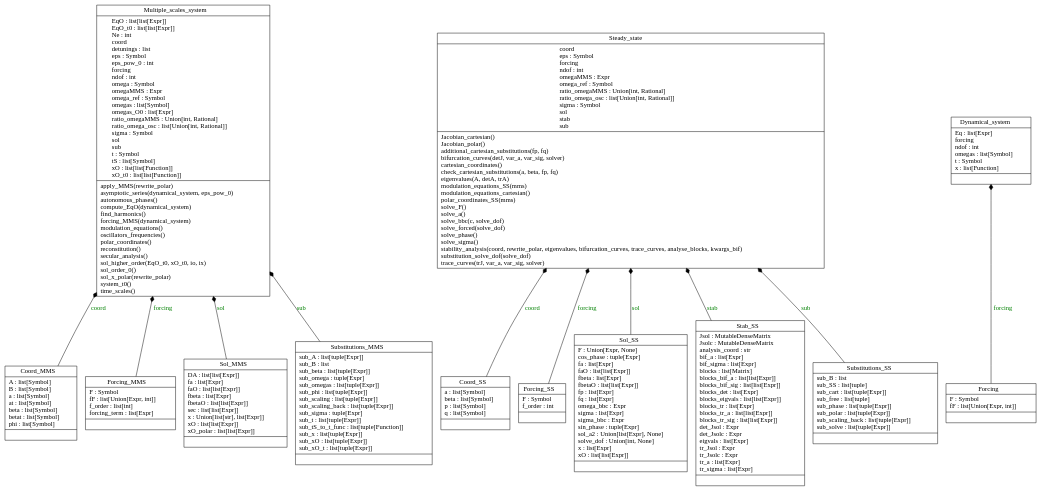
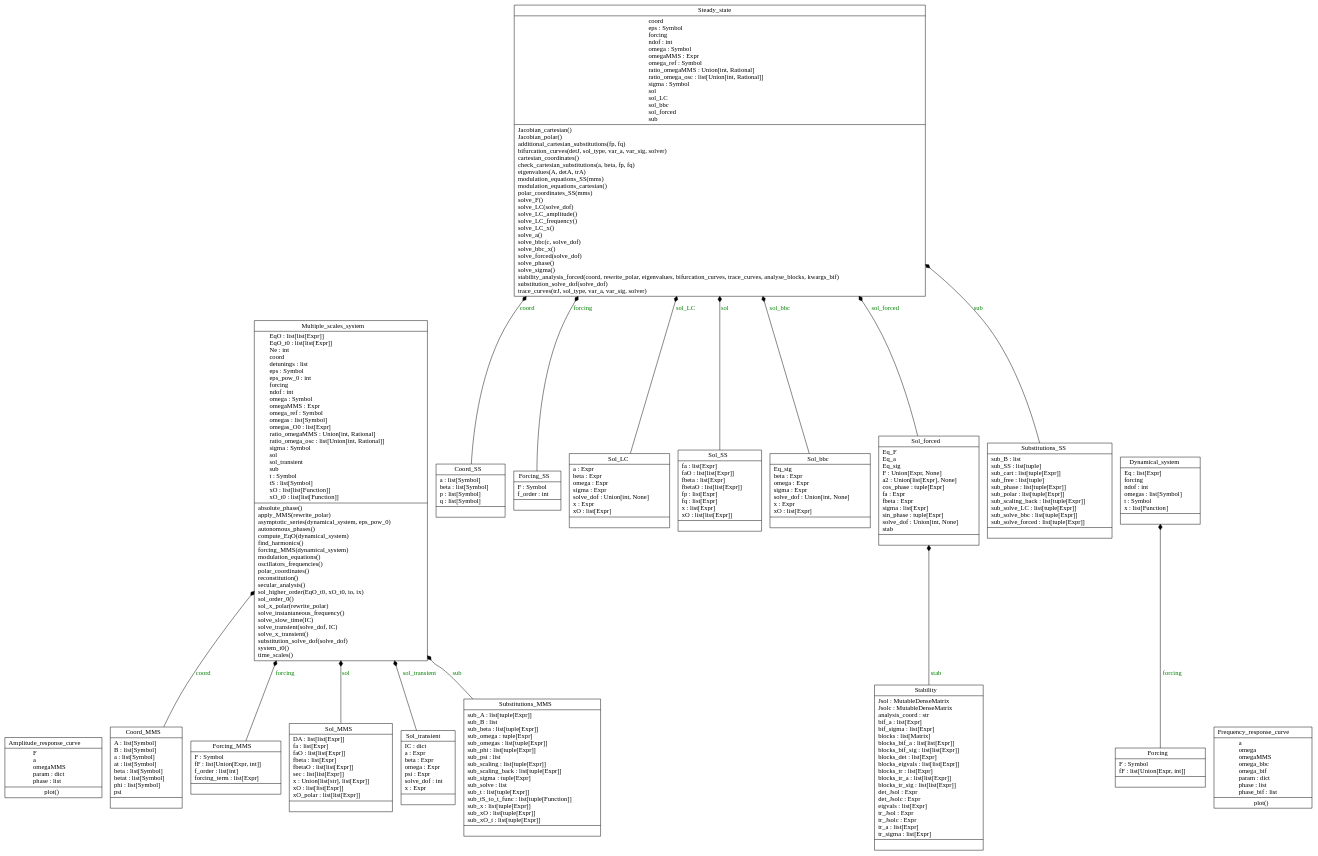
One commit to VinceECN/OSCILATE changed the diagram in docs/source/architecture/classes_MMS.dot. Above: the diagram before and after it, drawn with Graphviz. The commit also changed 4 other files, not shown here.

```diff
--- a/docs/source/architecture/classes_MMS.dot
+++ b/docs/source/architecture/classes_MMS.dot
@@ -1,27 +1,37 @@
-digraph "classes_MMS_test2" {
+digraph "classes_MMS" {
 rankdir=BT
 charset="utf-8"
-"OSCILATE.oscilate.MMS.mms.Coord_MMS" [color="black", fontcolor="black", label=<{Coord_MMS|A : list[Symbol]<br ALIGN="LEFT"/>B : list[Symbol]<br ALIGN="LEFT"/>a : list[Symbol]<br ALIGN="LEFT"/>at : list[Symbol]<br ALIGN="LEFT"/>beta : list[Symbol]<br ALIGN="LEFT"/>betat : list[Symbol]<br ALIGN="LEFT"/>phi : list[Symbol]<br ALIGN="LEFT"/>|}>, shape="record", style="solid"];
+"OSCILATE.oscilate.MMS.visualisation.Amplitude_response_curve" [color="black", fontcolor="black", label=<{Amplitude_response_curve|F<br ALIGN="LEFT"/>a<br ALIGN="LEFT"/>omegaMMS<br ALIGN="LEFT"/>param : dict<br ALIGN="LEFT"/>phase : list<br ALIGN="LEFT"/>|plot()<br ALIGN="LEFT"/>}>, shape="record", style="solid"];
+"OSCILATE.oscilate.MMS.mms.Coord_MMS" [color="black", fontcolor="black", label=<{Coord_MMS|A : list[Symbol]<br ALIGN="LEFT"/>B : list[Symbol]<br ALIGN="LEFT"/>a : list[Symbol]<br ALIGN="LEFT"/>at : list[Symbol]<br ALIGN="LEFT"/>beta : list[Symbol]<br ALIGN="LEFT"/>betat : list[Symbol]<br ALIGN="LEFT"/>phi : list[Symbol]<br ALIGN="LEFT"/>psi<br ALIGN="LEFT"/>|}>, shape="record", style="solid"];
 "OSCILATE.oscilate.MMS.steady_state.Coord_SS" [color="black", fontcolor="black", label=<{Coord_SS|a : list[Symbol]<br ALIGN="LEFT"/>beta : list[Symbol]<br ALIGN="LEFT"/>p : list[Symbol]<br ALIGN="LEFT"/>q : list[Symbol]<br ALIGN="LEFT"/>|}>, shape="record", style="solid"];
 "OSCILATE.oscilate.MMS.dyn_sys.Dynamical_system" [color="black", fontcolor="black", label=<{Dynamical_system|Eq : list[Expr]<br ALIGN="LEFT"/>forcing<br ALIGN="LEFT"/>ndof : int<br ALIGN="LEFT"/>omegas : list[Symbol]<br ALIGN="LEFT"/>t : Symbol<br ALIGN="LEFT"/>x : list[Function]<br ALIGN="LEFT"/>|}>, shape="record", style="solid"];
 "OSCILATE.oscilate.MMS.dyn_sys.Forcing" [color="black", fontcolor="black", label=<{Forcing|F : Symbol<br ALIGN="LEFT"/>fF : list[Union[Expr, int]]<br ALIGN="LEFT"/>|}>, shape="record", style="solid"];
 "OSCILATE.oscilate.MMS.mms.Forcing_MMS" [color="black", fontcolor="black", label=<{Forcing_MMS|F : Symbol<br ALIGN="LEFT"/>fF : list[Union[Expr, int]]<br ALIGN="LEFT"/>f_order : list[int]<br ALIGN="LEFT"/>forcing_term : list[Expr]<br ALIGN="LEFT"/>|}>, shape="record", style="solid"];
 "OSCILATE.oscilate.MMS.steady_state.Forcing_SS" [color="black", fontcolor="black", label=<{Forcing_SS|F : Symbol<br ALIGN="LEFT"/>f_order : int<br ALIGN="LEFT"/>|}>, shape="record", style="solid"];
-"OSCILATE.oscilate.MMS.mms.Multiple_scales_system" [color="black", fontcolor="black", label=<{Multiple_scales_system|EqO : list[list[Expr]]<br ALIGN="LEFT"/>EqO_t0 : list[list[Expr]]<br ALIGN="LEFT"/>Ne : int<br ALIGN="LEFT"/>coord<br ALIGN="LEFT"/>detunings : list<br ALIGN="LEFT"/>eps : Symbol<br ALIGN="LEFT"/>eps_pow_0 : int<br ALIGN="LEFT"/>forcing<br ALIGN="LEFT"/>ndof : int<br ALIGN="LEFT"/>omega : Symbol<br ALIGN="LEFT"/>omegaMMS : Expr<br ALIGN="LEFT"/>omega_ref : Symbol<br ALIGN="LEFT"/>omegas : list[Symbol]<br ALIGN="LEFT"/>omegas_O0 : list[Expr]<br ALIGN="LEFT"/>ratio_omegaMMS : Union[int, Rational]<br ALIGN="LEFT"/>ratio_omega_osc : list[Union[int, Rational]]<br ALIGN="LEFT"/>sigma : Symbol<br ALIGN="LEFT"/>sol<br ALIGN="LEFT"/>sub<br ALIGN="LEFT"/>t : Symbol<br ALIGN="LEFT"/>tS : list[Symbol]<br ALIGN="LEFT"/>xO : list[list[Function]]<br ALIGN="LEFT"/>xO_t0 : list[list[Function]]<br ALIGN="LEFT"/>|apply_MMS(rewrite_polar)<br ALIGN="LEFT"/>asymptotic_series(dynamical_system, eps_pow_0)<br ALIGN="LEFT"/>autonomous_phases()<br ALIGN="LEFT"/>compute_EqO(dynamical_system)<br ALIGN="LEFT"/>find_harmonics()<br ALIGN="LEFT"/>forcing_MMS(dynamical_system)<br ALIGN="LEFT"/>modulation_equations()<br ALIGN="LEFT"/>oscillators_frequencies()<br ALIGN="LEFT"/>polar_coordinates()<br ALIGN="LEFT"/>reconstitution()<br ALIGN="LEFT"/>secular_analysis()<br ALIGN="LEFT"/>sol_higher_order(EqO_t0, xO_t0, io, ix)<br ALIGN="LEFT"/>sol_order_0()<br ALIGN="LEFT"/>sol_x_polar(rewrite_polar)<br ALIGN="LEFT"/>system_t0()<br ALIGN="LEFT"/>time_scales()<br ALIGN="LEFT"/>}>, shape="record", style="solid"];
+"OSCILATE.oscilate.MMS.visualisation.Frequency_response_curve" [color="black", fontcolor="black", label=<{Frequency_response_curve|a<br ALIGN="LEFT"/>omega<br ALIGN="LEFT"/>omegaMMS<br ALIGN="LEFT"/>omega_bbc<br ALIGN="LEFT"/>omega_bif<br ALIGN="LEFT"/>param : dict<br ALIGN="LEFT"/>phase : list<br ALIGN="LEFT"/>phase_bif : list<br ALIGN="LEFT"/>|plot()<br ALIGN="LEFT"/>}>, shape="record", style="solid"];
+"OSCILATE.oscilate.MMS.mms.Multiple_scales_system" [color="black", fontcolor="black", label=<{Multiple_scales_system|EqO : list[list[Expr]]<br ALIGN="LEFT"/>EqO_t0 : list[list[Expr]]<br ALIGN="LEFT"/>Ne : int<br ALIGN="LEFT"/>coord<br ALIGN="LEFT"/>detunings : list<br ALIGN="LEFT"/>eps : Symbol<br ALIGN="LEFT"/>eps_pow_0 : int<br ALIGN="LEFT"/>forcing<br ALIGN="LEFT"/>ndof : int<br ALIGN="LEFT"/>omega : Symbol<br ALIGN="LEFT"/>omegaMMS : Expr<br ALIGN="LEFT"/>omega_ref : Symbol<br ALIGN="LEFT"/>omegas : list[Symbol]<br ALIGN="LEFT"/>omegas_O0 : list[Expr]<br ALIGN="LEFT"/>ratio_omegaMMS : Union[int, Rational]<br ALIGN="LEFT"/>ratio_omega_osc : list[Union[int, Rational]]<br ALIGN="LEFT"/>sigma : Symbol<br ALIGN="LEFT"/>sol<br ALIGN="LEFT"/>sol_transient<br ALIGN="LEFT"/>sub<br ALIGN="LEFT"/>t : Symbol<br ALIGN="LEFT"/>tS : list[Symbol]<br ALIGN="LEFT"/>xO : list[list[Function]]<br ALIGN="LEFT"/>xO_t0 : list[list[Function]]<br ALIGN="LEFT"/>|absolute_phase()<br ALIGN="LEFT"/>apply_MMS(rewrite_polar)<br ALIGN="LEFT"/>asymptotic_series(dynamical_system, eps_pow_0)<br ALIGN="LEFT"/>autonomous_phases()<br ALIGN="LEFT"/>compute_EqO(dynamical_system)<br ALIGN="LEFT"/>find_harmonics()<br ALIGN="LEFT"/>forcing_MMS(dynamical_system)<br ALIGN="LEFT"/>modulation_equations()<br ALIGN="LEFT"/>oscillators_frequencies()<br ALIGN="LEFT"/>polar_coordinates()<br ALIGN="LEFT"/>reconstitution()<br ALIGN="LEFT"/>secular_analysis()<br ALIGN="LEFT"/>sol_higher_order(EqO_t0, xO_t0, io, ix)<br ALIGN="LEFT"/>sol_order_0()<br ALIGN="LEFT"/>sol_x_polar(rewrite_polar)<br ALIGN="LEFT"/>solve_instantaneous_frequency()<br ALIGN="LEFT"/>solve_slow_time(IC)<br ALIGN="LEFT"/>solve_transient(solve_dof, IC)<br ALIGN="LEFT"/>solve_x_transient()<br ALIGN="LEFT"/>substitution_solve_dof(solve_dof)<br ALIGN="LEFT"/>system_t0()<br ALIGN="LEFT"/>time_scales()<br ALIGN="LEFT"/>}>, shape="record", style="solid"];
+"OSCILATE.oscilate.MMS.steady_state.Sol_LC" [color="black", fontcolor="black", label=<{Sol_LC|a : Expr<br ALIGN="LEFT"/>beta : Expr<br ALIGN="LEFT"/>omega : Expr<br ALIGN="LEFT"/>sigma : Expr<br ALIGN="LEFT"/>solve_dof : Union[int, None]<br ALIGN="LEFT"/>x : Expr<br ALIGN="LEFT"/>xO : list[Expr]<br ALIGN="LEFT"/>|}>, shape="record", style="solid"];
 "OSCILATE.oscilate.MMS.mms.Sol_MMS" [color="black", fontcolor="black", label=<{Sol_MMS|DA : list[list[Expr]]<br ALIGN="LEFT"/>fa : list[Expr]<br ALIGN="LEFT"/>faO : list[list[Expr]]<br ALIGN="LEFT"/>fbeta : list[Expr]<br ALIGN="LEFT"/>fbetaO : list[list[Expr]]<br ALIGN="LEFT"/>sec : list[list[Expr]]<br ALIGN="LEFT"/>x : Union[list[str], list[Expr]]<br ALIGN="LEFT"/>xO : list[list[Expr]]<br ALIGN="LEFT"/>xO_polar : list[list[Expr]]<br ALIGN="LEFT"/>|}>, shape="record", style="solid"];
-"OSCILATE.oscilate.MMS.steady_state.Sol_SS" [color="black", fontcolor="black", label=<{Sol_SS|F : Union[Expr, None]<br ALIGN="LEFT"/>cos_phase : tuple[Expr]<br ALIGN="LEFT"/>fa : list[Expr]<br ALIGN="LEFT"/>faO : list[list[Expr]]<br ALIGN="LEFT"/>fbeta : list[Expr]<br ALIGN="LEFT"/>fbetaO : list[list[Expr]]<br ALIGN="LEFT"/>fp : list[Expr]<br ALIGN="LEFT"/>fq : list[Expr]<br ALIGN="LEFT"/>omega_bbc : Expr<br ALIGN="LEFT"/>sigma : list[Expr]<br ALIGN="LEFT"/>sigma_bbc : Expr<br ALIGN="LEFT"/>sin_phase : tuple[Expr]<br ALIGN="LEFT"/>sol_a2 : Union[list[Expr], None]<br ALIGN="LEFT"/>solve_dof : Union[int, None]<br ALIGN="LEFT"/>x : list[Expr]<br ALIGN="LEFT"/>xO : list[list[Expr]]<br ALIGN="LEFT"/>|}>, shape="record", style="solid"];
-"OSCILATE.oscilate.MMS.steady_state.Stab_SS" [color="black", fontcolor="black", label=<{Stab_SS|Jsol : MutableDenseMatrix<br ALIGN="LEFT"/>Jsolc : MutableDenseMatrix<br ALIGN="LEFT"/>analysis_coord : str<br ALIGN="LEFT"/>bif_a : list[Expr]<br ALIGN="LEFT"/>bif_sigma : list[Expr]<br ALIGN="LEFT"/>blocks : list[Matrix]<br ALIGN="LEFT"/>blocks_bif_a : list[list[Expr]]<br ALIGN="LEFT"/>blocks_bif_sig : list[list[Expr]]<br ALIGN="LEFT"/>blocks_det : list[Expr]<br ALIGN="LEFT"/>blocks_eigvals : list[list[Expr]]<br ALIGN="LEFT"/>blocks_tr : list[Expr]<br ALIGN="LEFT"/>blocks_tr_a : list[list[Expr]]<br ALIGN="LEFT"/>blocks_tr_sig : list[list[Expr]]<br ALIGN="LEFT"/>det_Jsol : Expr<br ALIGN="LEFT"/>det_Jsolc : Expr<br ALIGN="LEFT"/>eigvals : list[Expr]<br ALIGN="LEFT"/>tr_Jsol : Expr<br ALIGN="LEFT"/>tr_Jsolc : Expr<br ALIGN="LEFT"/>tr_a : list[Expr]<br ALIGN="LEFT"/>tr_sigma : list[Expr]<br ALIGN="LEFT"/>|}>, shape="record", style="solid"];
-"OSCILATE.oscilate.MMS.steady_state.Steady_state" [color="black", fontcolor="black", label=<{Steady_state|coord<br ALIGN="LEFT"/>eps : Symbol<br ALIGN="LEFT"/>forcing<br ALIGN="LEFT"/>ndof : int<br ALIGN="LEFT"/>omegaMMS : Expr<br ALIGN="LEFT"/>omega_ref : Symbol<br ALIGN="LEFT"/>ratio_omegaMMS : Union[int, Rational]<br ALIGN="LEFT"/>ratio_omega_osc : list[Union[int, Rational]]<br ALIGN="LEFT"/>sigma : Symbol<br ALIGN="LEFT"/>sol<br ALIGN="LEFT"/>stab<br ALIGN="LEFT"/>sub<br ALIGN="LEFT"/>|Jacobian_cartesian()<br ALIGN="LEFT"/>Jacobian_polar()<br ALIGN="LEFT"/>additional_cartesian_substitutions(fp, fq)<br ALIGN="LEFT"/>bifurcation_curves(detJ, var_a, var_sig, solver)<br ALIGN="LEFT"/>cartesian_coordinates()<br ALIGN="LEFT"/>check_cartesian_substitutions(a, beta, fp, fq)<br ALIGN="LEFT"/>eigenvalues(A, detA, trA)<br ALIGN="LEFT"/>modulation_equations_SS(mms)<br ALIGN="LEFT"/>modulation_equations_cartesian()<br ALIGN="LEFT"/>polar_coordinates_SS(mms)<br ALIGN="LEFT"/>solve_F()<br ALIGN="LEFT"/>solve_a()<br ALIGN="LEFT"/>solve_bbc(c, solve_dof)<br ALIGN="LEFT"/>solve_forced(solve_dof)<br ALIGN="LEFT"/>solve_phase()<br ALIGN="LEFT"/>solve_sigma()<br ALIGN="LEFT"/>stability_analysis(coord, rewrite_polar, eigenvalues, bifurcation_curves, trace_curves, analyse_blocks, kwargs_bif)<br ALIGN="LEFT"/>substitution_solve_dof(solve_dof)<br ALIGN="LEFT"/>trace_curves(trJ, var_a, var_sig, solver)<br ALIGN="LEFT"/>}>, shape="record", style="solid"];
-"OSCILATE.oscilate.MMS.mms.Substitutions_MMS" [color="black", fontcolor="black", label=<{Substitutions_MMS|sub_A : list[tuple[Expr]]<br ALIGN="LEFT"/>sub_B : list<br ALIGN="LEFT"/>sub_beta : list[tuple[Expr]]<br ALIGN="LEFT"/>sub_omega : tuple[Expr]<br ALIGN="LEFT"/>sub_omegas : list[tuple[Expr]]<br ALIGN="LEFT"/>sub_phi : list[tuple[Expr]]<br ALIGN="LEFT"/>sub_scaling : list[tuple[Expr]]<br ALIGN="LEFT"/>sub_scaling_back : list[tuple[Expr]]<br ALIGN="LEFT"/>sub_sigma : tuple[Expr]<br ALIGN="LEFT"/>sub_t : list[tuple[Expr]]<br ALIGN="LEFT"/>sub_tS_to_t_func : list[tuple[Function]]<br ALIGN="LEFT"/>sub_x : list[tuple[Expr]]<br ALIGN="LEFT"/>sub_xO : list[tuple[Expr]]<br ALIGN="LEFT"/>sub_xO_t : list[tuple[Expr]]<br ALIGN="LEFT"/>|}>, shape="record", style="solid"];
-"OSCILATE.oscilate.MMS.steady_state.Substitutions_SS" [color="black", fontcolor="black", label=<{Substitutions_SS|sub_B : list<br ALIGN="LEFT"/>sub_SS : list[tuple]<br ALIGN="LEFT"/>sub_cart : list[tuple[Expr]]<br ALIGN="LEFT"/>sub_free : list[tuple]<br ALIGN="LEFT"/>sub_phase : list[tuple[Expr]]<br ALIGN="LEFT"/>sub_polar : list[tuple[Expr]]<br ALIGN="LEFT"/>sub_scaling_back : list[tuple[Expr]]<br ALIGN="LEFT"/>sub_solve : list[tuple[Expr]]<br ALIGN="LEFT"/>|}>, shape="record", style="solid"];
+"OSCILATE.oscilate.MMS.steady_state.Sol_SS" [color="black", fontcolor="black", label=<{Sol_SS|fa : list[Expr]<br ALIGN="LEFT"/>faO : list[list[Expr]]<br ALIGN="LEFT"/>fbeta : list[Expr]<br ALIGN="LEFT"/>fbetaO : list[list[Expr]]<br ALIGN="LEFT"/>fp : list[Expr]<br ALIGN="LEFT"/>fq : list[Expr]<br ALIGN="LEFT"/>x : list[Expr]<br ALIGN="LEFT"/>xO : list[list[Expr]]<br ALIGN="LEFT"/>|}>, shape="record", style="solid"];
+"OSCILATE.oscilate.MMS.steady_state.Sol_bbc" [color="black", fontcolor="black", label=<{Sol_bbc|Eq_sig<br ALIGN="LEFT"/>beta : Expr<br ALIGN="LEFT"/>omega : Expr<br ALIGN="LEFT"/>sigma : Expr<br ALIGN="LEFT"/>solve_dof : Union[int, None]<br ALIGN="LEFT"/>x : Expr<br ALIGN="LEFT"/>xO : list[Expr]<br ALIGN="LEFT"/>|}>, shape="record", style="solid"];
+"OSCILATE.oscilate.MMS.steady_state.Sol_forced" [color="black", fontcolor="black", label=<{Sol_forced|Eq_F<br ALIGN="LEFT"/>Eq_a<br ALIGN="LEFT"/>Eq_sig<br ALIGN="LEFT"/>F : Union[Expr, None]<br ALIGN="LEFT"/>a2 : Union[list[Expr], None]<br ALIGN="LEFT"/>cos_phase : tuple[Expr]<br ALIGN="LEFT"/>fa : Expr<br ALIGN="LEFT"/>fbeta : Expr<br ALIGN="LEFT"/>sigma : list[Expr]<br ALIGN="LEFT"/>sin_phase : tuple[Expr]<br ALIGN="LEFT"/>solve_dof : Union[int, None]<br ALIGN="LEFT"/>stab<br ALIGN="LEFT"/>|}>, shape="record", style="solid"];
+"OSCILATE.oscilate.MMS.mms.Sol_transient" [color="black", fontcolor="black", label=<{Sol_transient|IC : dict<br ALIGN="LEFT"/>a : Expr<br ALIGN="LEFT"/>beta : Expr<br ALIGN="LEFT"/>omega : Expr<br ALIGN="LEFT"/>psi : Expr<br ALIGN="LEFT"/>solve_dof : int<br ALIGN="LEFT"/>x : Expr<br ALIGN="LEFT"/>|}>, shape="record", style="solid"];
+"OSCILATE.oscilate.MMS.steady_state.Stability" [color="black", fontcolor="black", label=<{Stability|Jsol : MutableDenseMatrix<br ALIGN="LEFT"/>Jsolc : MutableDenseMatrix<br ALIGN="LEFT"/>analysis_coord : str<br ALIGN="LEFT"/>bif_a : list[Expr]<br ALIGN="LEFT"/>bif_sigma : list[Expr]<br ALIGN="LEFT"/>blocks : list[Matrix]<br ALIGN="LEFT"/>blocks_bif_a : list[list[Expr]]<br ALIGN="LEFT"/>blocks_bif_sig : list[list[Expr]]<br ALIGN="LEFT"/>blocks_det : list[Expr]<br ALIGN="LEFT"/>blocks_eigvals : list[list[Expr]]<br ALIGN="LEFT"/>blocks_tr : list[Expr]<br ALIGN="LEFT"/>blocks_tr_a : list[list[Expr]]<br ALIGN="LEFT"/>blocks_tr_sig : list[list[Expr]]<br ALIGN="LEFT"/>det_Jsol : Expr<br ALIGN="LEFT"/>det_Jsolc : Expr<br ALIGN="LEFT"/>eigvals : list[Expr]<br ALIGN="LEFT"/>tr_Jsol : Expr<br ALIGN="LEFT"/>tr_Jsolc : Expr<br ALIGN="LEFT"/>tr_a : list[Expr]<br ALIGN="LEFT"/>tr_sigma : list[Expr]<br ALIGN="LEFT"/>|}>, shape="record", style="solid"];
+"OSCILATE.oscilate.MMS.steady_state.Steady_state" [color="black", fontcolor="black", label=<{Steady_state|coord<br ALIGN="LEFT"/>eps : Symbol<br ALIGN="LEFT"/>forcing<br ALIGN="LEFT"/>ndof : int<br ALIGN="LEFT"/>omega : Symbol<br ALIGN="LEFT"/>omegaMMS : Expr<br ALIGN="LEFT"/>omega_ref : Symbol<br ALIGN="LEFT"/>ratio_omegaMMS : Union[int, Rational]<br ALIGN="LEFT"/>ratio_omega_osc : list[Union[int, Rational]]<br ALIGN="LEFT"/>sigma : Symbol<br ALIGN="LEFT"/>sol<br ALIGN="LEFT"/>sol_LC<br ALIGN="LEFT"/>sol_bbc<br ALIGN="LEFT"/>sol_forced<br ALIGN="LEFT"/>sub<br ALIGN="LEFT"/>|Jacobian_cartesian()<br ALIGN="LEFT"/>Jacobian_polar()<br ALIGN="LEFT"/>additional_cartesian_substitutions(fp, fq)<br ALIGN="LEFT"/>bifurcation_curves(detJ, sol_type, var_a, var_sig, solver)<br ALIGN="LEFT"/>cartesian_coordinates()<br ALIGN="LEFT"/>check_cartesian_substitutions(a, beta, fp, fq)<br ALIGN="LEFT"/>eigenvalues(A, detA, trA)<br ALIGN="LEFT"/>modulation_equations_SS(mms)<br ALIGN="LEFT"/>modulation_equations_cartesian()<br ALIGN="LEFT"/>polar_coordinates_SS(mms)<br ALIGN="LEFT"/>solve_F()<br ALIGN="LEFT"/>solve_LC(solve_dof)<br ALIGN="LEFT"/>solve_LC_amplitude()<br ALIGN="LEFT"/>solve_LC_frequency()<br ALIGN="LEFT"/>solve_LC_x()<br ALIGN="LEFT"/>solve_a()<br ALIGN="LEFT"/>solve_bbc(c, solve_dof)<br ALIGN="LEFT"/>solve_bbc_x()<br ALIGN="LEFT"/>solve_forced(solve_dof)<br ALIGN="LEFT"/>solve_phase()<br ALIGN="LEFT"/>solve_sigma()<br ALIGN="LEFT"/>stability_analysis_forced(coord, rewrite_polar, eigenvalues, bifurcation_curves, trace_curves, analyse_blocks, kwargs_bif)<br ALIGN="LEFT"/>substitution_solve_dof(solve_dof)<br ALIGN="LEFT"/>trace_curves(trJ, sol_type, var_a, var_sig, solver)<br ALIGN="LEFT"/>}>, shape="record", style="solid"];
+"OSCILATE.oscilate.MMS.mms.Substitutions_MMS" [color="black", fontcolor="black", label=<{Substitutions_MMS|sub_A : list[tuple[Expr]]<br ALIGN="LEFT"/>sub_B : list<br ALIGN="LEFT"/>sub_beta : list[tuple[Expr]]<br ALIGN="LEFT"/>sub_omega : tuple[Expr]<br ALIGN="LEFT"/>sub_omegas : list[tuple[Expr]]<br ALIGN="LEFT"/>sub_phi : list[tuple[Expr]]<br ALIGN="LEFT"/>sub_psi : list<br ALIGN="LEFT"/>sub_scaling : list[tuple[Expr]]<br ALIGN="LEFT"/>sub_scaling_back : list[tuple[Expr]]<br ALIGN="LEFT"/>sub_sigma : tuple[Expr]<br ALIGN="LEFT"/>sub_solve : list<br ALIGN="LEFT"/>sub_t : list[tuple[Expr]]<br ALIGN="LEFT"/>sub_tS_to_t_func : list[tuple[Function]]<br ALIGN="LEFT"/>sub_x : list[tuple[Expr]]<br ALIGN="LEFT"/>sub_xO : list[tuple[Expr]]<br ALIGN="LEFT"/>sub_xO_t : list[tuple[Expr]]<br ALIGN="LEFT"/>|}>, shape="record", style="solid"];
+"OSCILATE.oscilate.MMS.steady_state.Substitutions_SS" [color="black", fontcolor="black", label=<{Substitutions_SS|sub_B : list<br ALIGN="LEFT"/>sub_SS : list[tuple]<br ALIGN="LEFT"/>sub_cart : list[tuple[Expr]]<br ALIGN="LEFT"/>sub_free : list[tuple]<br ALIGN="LEFT"/>sub_phase : list[tuple[Expr]]<br ALIGN="LEFT"/>sub_polar : list[tuple[Expr]]<br ALIGN="LEFT"/>sub_scaling_back : list[tuple[Expr]]<br ALIGN="LEFT"/>sub_solve_LC : list[tuple[Expr]]<br ALIGN="LEFT"/>sub_solve_bbc : list[tuple[Expr]]<br ALIGN="LEFT"/>sub_solve_forced : list[tuple[Expr]]<br ALIGN="LEFT"/>|}>, shape="record", style="solid"];
 "OSCILATE.oscilate.MMS.dyn_sys.Forcing" -> "OSCILATE.oscilate.MMS.dyn_sys.Dynamical_system" [arrowhead="diamond", arrowtail="none", fontcolor="green", label="forcing", style="solid"];
 "OSCILATE.oscilate.MMS.mms.Coord_MMS" -> "OSCILATE.oscilate.MMS.mms.Multiple_scales_system" [arrowhead="diamond", arrowtail="none", fontcolor="green", label="coord", style="solid"];
 "OSCILATE.oscilate.MMS.mms.Forcing_MMS" -> "OSCILATE.oscilate.MMS.mms.Multiple_scales_system" [arrowhead="diamond", arrowtail="none", fontcolor="green", label="forcing", style="solid"];
 "OSCILATE.oscilate.MMS.mms.Sol_MMS" -> "OSCILATE.oscilate.MMS.mms.Multiple_scales_system" [arrowhead="diamond", arrowtail="none", fontcolor="green", label="sol", style="solid"];
+"OSCILATE.oscilate.MMS.mms.Sol_transient" -> "OSCILATE.oscilate.MMS.mms.Multiple_scales_system" [arrowhead="diamond", arrowtail="none", fontcolor="green", label="sol_transient", style="solid"];
 "OSCILATE.oscilate.MMS.mms.Substitutions_MMS" -> "OSCILATE.oscilate.MMS.mms.Multiple_scales_system" [arrowhead="diamond", arrowtail="none", fontcolor="green", label="sub", style="solid"];
 "OSCILATE.oscilate.MMS.steady_state.Coord_SS" -> "OSCILATE.oscilate.MMS.steady_state.Steady_state" [arrowhead="diamond", arrowtail="none", fontcolor="green", label="coord", style="solid"];
 "OSCILATE.oscilate.MMS.steady_state.Forcing_SS" -> "OSCILATE.oscilate.MMS.steady_state.Steady_state" [arrowhead="diamond", arrowtail="none", fontcolor="green", label="forcing", style="solid"];
+"OSCILATE.oscilate.MMS.steady_state.Sol_LC" -> "OSCILATE.oscilate.MMS.steady_state.Steady_state" [arrowhead="diamond", arrowtail="none", fontcolor="green", label="sol_LC", style="solid"];
 "OSCILATE.oscilate.MMS.steady_state.Sol_SS" -> "OSCILATE.oscilate.MMS.steady_state.Steady_state" [arrowhead="diamond", arrowtail="none", fontcolor="green", label="sol", style="solid"];
-"OSCILATE.oscilate.MMS.steady_state.Stab_SS" -> "OSCILATE.oscilate.MMS.steady_state.Steady_state" [arrowhead="diamond", arrowtail="none", fontcolor="green", label="stab", style="solid"];
+"OSCILATE.oscilate.MMS.steady_state.Sol_bbc" -> "OSCILATE.oscilate.MMS.steady_state.Steady_state" [arrowhead="diamond", arrowtail="none", fontcolor="green", label="sol_bbc", style="solid"];
+"OSCILATE.oscilate.MMS.steady_state.Sol_forced" -> "OSCILATE.oscilate.MMS.steady_state.Steady_state" [arrowhead="diamond", arrowtail="none", fontcolor="green", label="sol_forced", style="solid"];
+"OSCILATE.oscilate.MMS.steady_state.Stability" -> "OSCILATE.oscilate.MMS.steady_state.Sol_forced" [arrowhead="diamond", arrowtail="none", fontcolor="green", label="stab", style="solid"];
 "OSCILATE.oscilate.MMS.steady_state.Substitutions_SS" -> "OSCILATE.oscilate.MMS.steady_state.Steady_state" [arrowhead="diamond", arrowtail="none", fontcolor="green", label="sub", style="solid"];
 }
```
